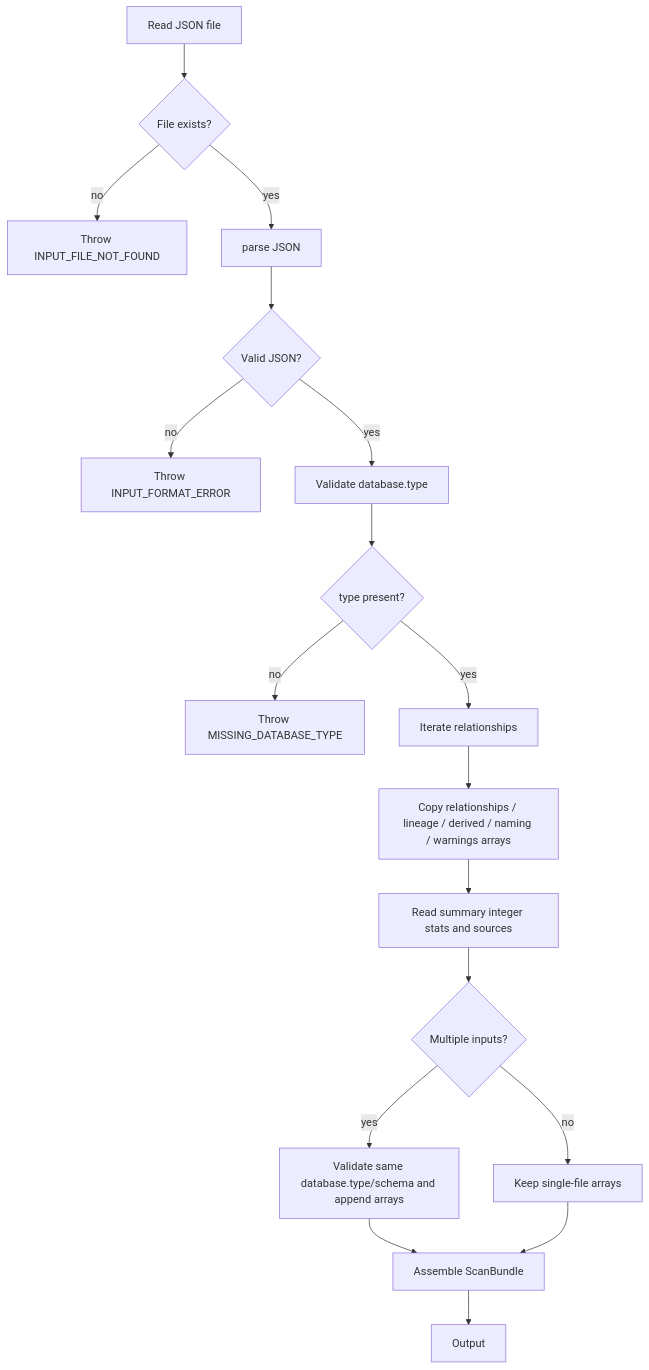
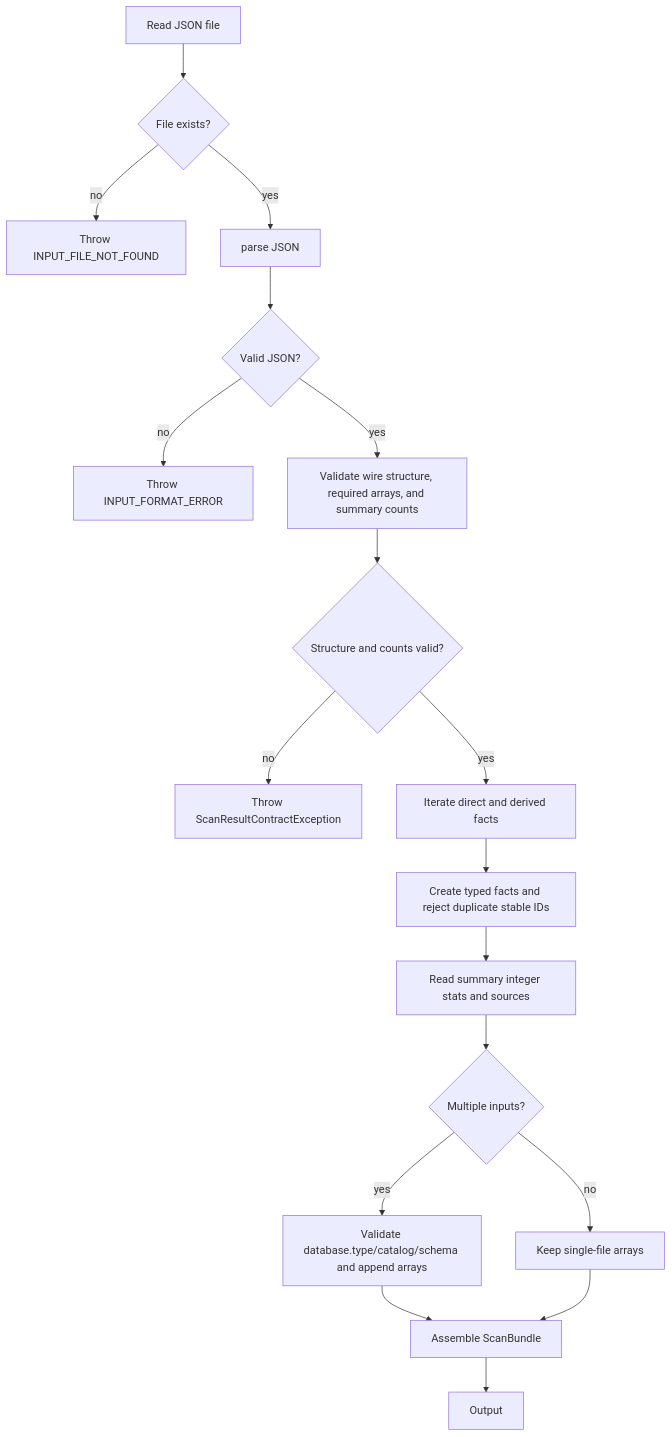
One commit to xiaoguang/relation-detector changed the second of 4 diagrams in docs/design/semantic-layer/01-scan-result-reader.md. Above: the diagram before and after it, drawn with Mermaid. The commit also changed other lines of this file and 50 other files, not shown here.

````diff
--- a/docs/design/semantic-layer/01-scan-result-reader.md
+++ b/docs/design/semantic-layer/01-scan-result-reader.md
@@ -176,20 +178,20 @@
 ```mermaid
 flowchart TD
     A[Read JSON file] --> B{File exists?}
     B -- no --> E1[Throw INPUT_FILE_NOT_FOUND]
     B -- yes --> C[parse JSON]
     C --> D{Valid JSON?}
     D -- no --> E2[Throw INPUT_FORMAT_ERROR]
-    D -- yes --> F[Validate database.type]
-    F --> G{type present?}
-    G -- no --> E3[Throw MISSING_DATABASE_TYPE]
-    G -- yes --> H[Iterate relationships]
-    H --> I[Copy relationships / lineage / derived / naming / warnings arrays]
+    D -- yes --> F[Validate wire structure, required arrays, and summary counts]
+    F --> G{Structure and counts valid?}
+    G -- no --> E3[Throw ScanResultContractException]
+    G -- yes --> H[Iterate direct and derived facts]
+    H --> I[Create typed facts and reject duplicate stable IDs]
     I --> J[Read summary integer stats and sources]
     J --> K{Multiple inputs?}
-    K -- yes --> L[Validate same database.type/schema and append arrays]
+    K -- yes --> L[Validate database.type/catalog/schema and append arrays]
     K -- no --> M[Keep single-file arrays]
     L --> N[Assemble ScanBundle]
     M --> N
     N --> O[Output]
 ```
````
